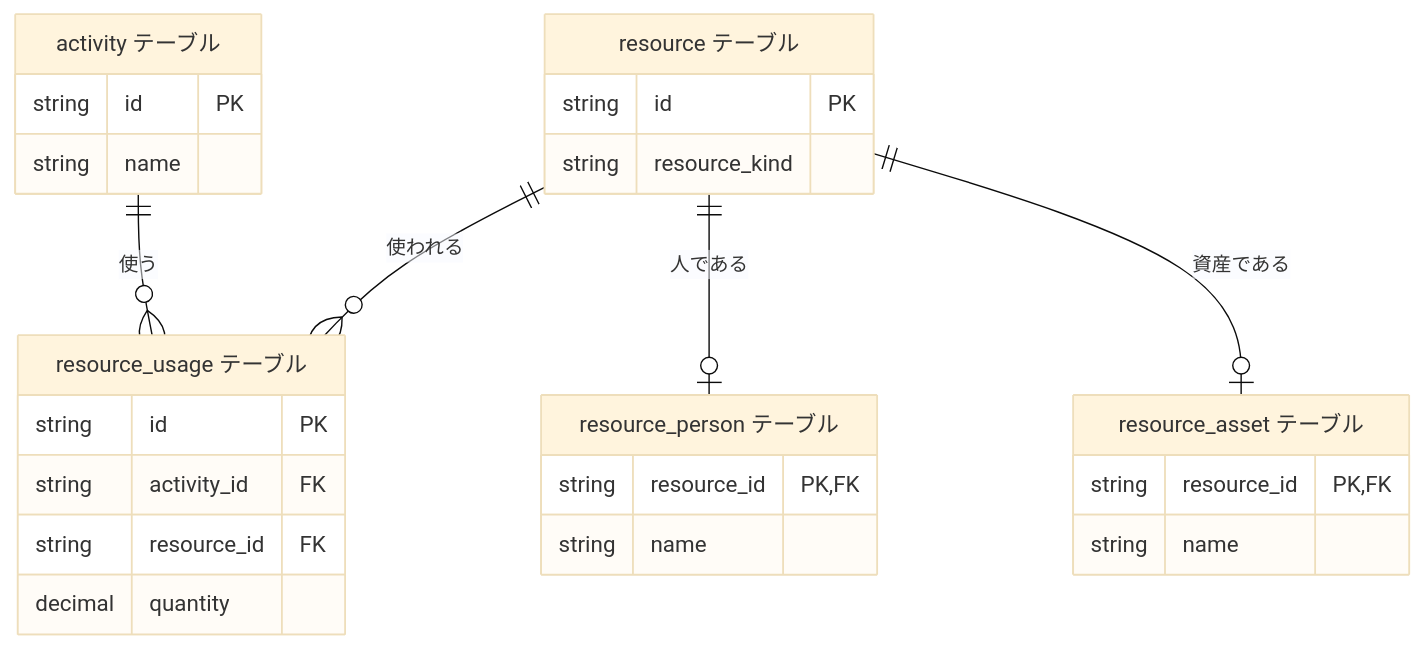
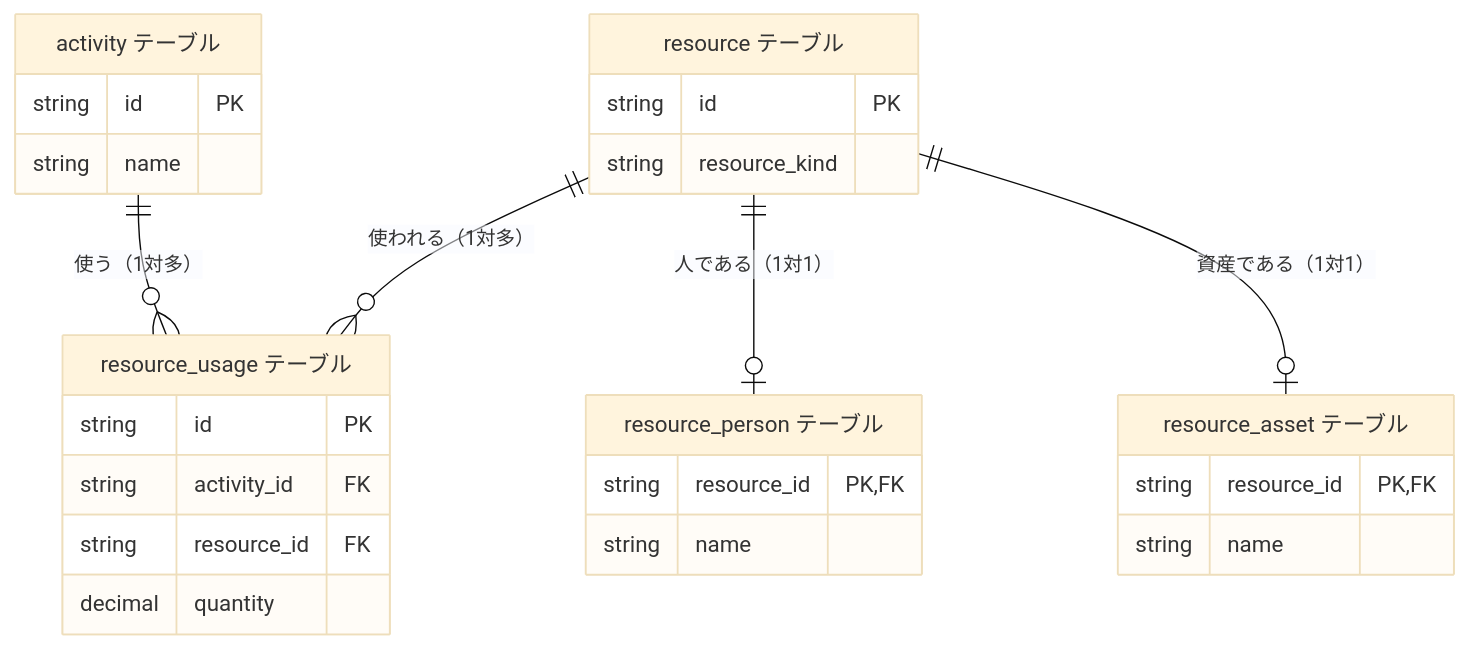
Before and after one commit to hiroki-it/tech-notebook: the seventh of 30 diagrams in docs/software/software_middleware_database_rdb_er.md, drawn with Mermaid (base theme). The commit also changed other lines of this file and 4 other files, not shown here.

````diff
--- a/docs/software/software_middleware_database_rdb_er.md
+++ b/docs/software/software_middleware_database_rdb_er.md
@@ -195,34 +195,34 @@
 ```mermaid
 erDiagram
   activity["activity テーブル"] {
     string id PK
     string name
   }
 
   resource["resource テーブル"] {
     string id PK
     string resource_kind
   }
 
   resource_person["resource_person テーブル"] {
     string resource_id PK,FK
     string name
   }
 
   resource_asset["resource_asset テーブル"] {
     string resource_id PK,FK
     string name
   }
 
   resource_usage["resource_usage テーブル"] {
     string id PK
     string activity_id FK
     string resource_id FK
     decimal quantity
   }
 
-  activity ||--o{ resource_usage : "使う"
-  resource ||--o{ resource_usage : "使われる"
-  resource ||--o| resource_person : "人である"
-  resource ||--o| resource_asset : "資産である"
+  activity ||--o{ resource_usage : "使う（1対多）"
+  resource ||--o{ resource_usage : "使われる（1対多）"
+  resource ||--o| resource_person : "人である（1対1）"
+  resource ||--o| resource_asset : "資産である（1対1）"
 ```
````
